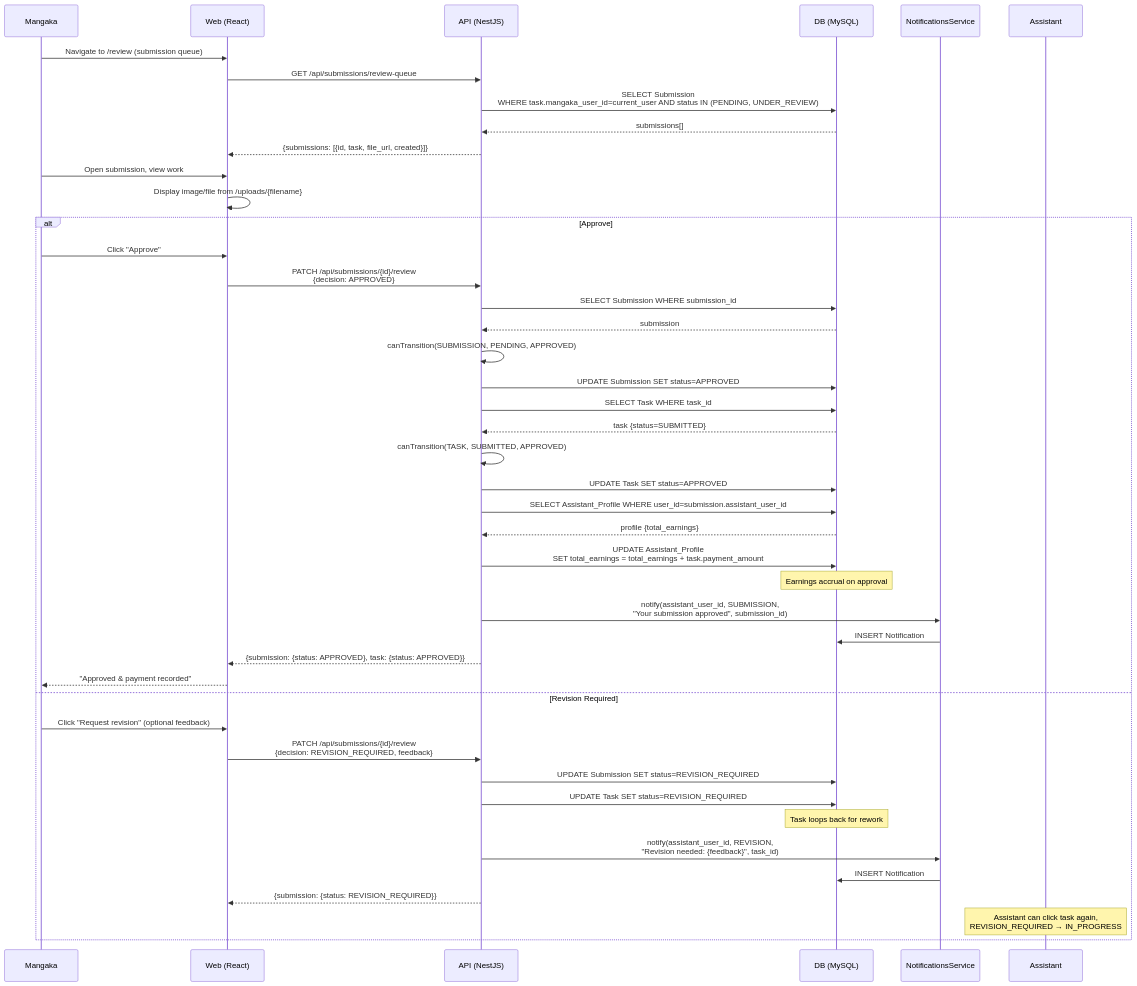
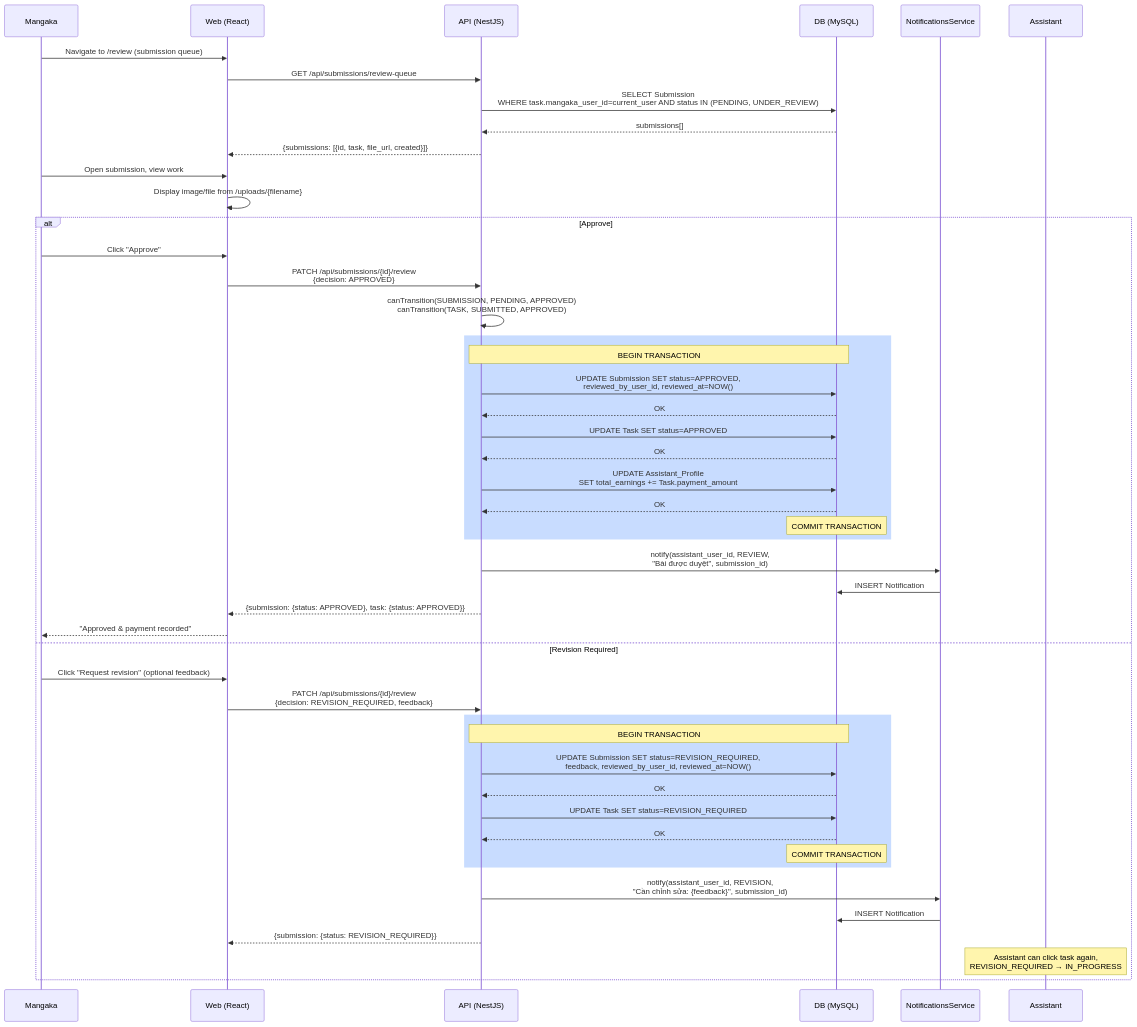
One commit to zun3007/Manga-Creation-Workflow-and-Publishing-Management-System changed the eighth of 14 diagrams in documents/04-diagrams/02-sequence-diagrams.md. Above: the diagram before and after it, drawn with Mermaid. The commit also changed other lines of this file and 20 other files, not shown here.

First line of the commit message:
docs: sync all documentation to current code + fix 11 diagram render bugs

````diff
--- a/documents/04-diagrams/02-sequence-diagrams.md
+++ b/documents/04-diagrams/02-sequence-diagrams.md
@@ -252,57 +326,60 @@
 ```mermaid
 sequenceDiagram
     participant Mangaka
     participant Web as Web (React)
     participant API as API (NestJS)
     participant DB as DB (MySQL)
     participant Notif as NotificationsService
 
     Mangaka->>Web: Navigate to /review (submission queue)
     Web->>API: GET /api/submissions/review-queue
     API->>DB: SELECT Submission<br/>WHERE task.mangaka_user_id=current_user AND status IN (PENDING, UNDER_REVIEW)
     DB-->>API: submissions[]
     API-->>Web: {submissions: [{id, task, file_url, created}]}
     
     Mangaka->>Web: Open submission, view work
     Web->>Web: Display image/file from /uploads/{filename}
     
     alt Approve
         Mangaka->>Web: Click "Approve"
         Web->>API: PATCH /api/submissions/{id}/review<br/>{decision: APPROVED}
         
-        API->>DB: SELECT Submission WHERE submission_id
-        DB-->>API: submission
-        API->>API: canTransition(SUBMISSION, PENDING, APPROVED)
-        API->>DB: UPDATE Submission SET status=APPROVED
+        API->>API: canTransition(SUBMISSION, PENDING, APPROVED)<br/>canTransition(TASK, SUBMITTED, APPROVED)
         
-        API->>DB: SELECT Task WHERE task_id
-        DB-->>API: task {status=SUBMITTED}
-        API->>API: canTransition(TASK, SUBMITTED, APPROVED)
-        API->>DB: UPDATE Task SET status=APPROVED
+        rect rgb(200, 220, 255)
+            Note over API,DB: BEGIN TRANSACTION
+            API->>DB: UPDATE Submission SET status=APPROVED,<br/>reviewed_by_user_id, reviewed_at=NOW()
+            DB-->>API: OK
+            API->>DB: UPDATE Task SET status=APPROVED
+            DB-->>API: OK
+            API->>DB: UPDATE Assistant_Profile<br/>SET total_earnings += Task.payment_amount
+            DB-->>API: OK
+            Note over DB: COMMIT TRANSACTION
+        end
         
-        API->>DB: SELECT Assistant_Profile WHERE user_id=submission.assistant_user_id
-        DB-->>API: profile {total_earnings}
-        API->>DB: UPDATE Assistant_Profile<br/>SET total_earnings = total_earnings + task.payment_amount
-        Note over DB: Earnings accrual on approval
-        
-        API->>Notif: notify(assistant_user_id, SUBMISSION,<br/>"Your submission approved", submission_id)
+        API->>Notif: notify(assistant_user_id, REVIEW,<br/>"Bài được duyệt", submission_id)
         Notif->>DB: INSERT Notification
         
         API-->>Web: {submission: {status: APPROVED}, task: {status: APPROVED}}
         Web-->>Mangaka: "Approved & payment recorded"
         
     else Revision Required
         Mangaka->>Web: Click "Request revision" (optional feedback)
         Web->>API: PATCH /api/submissions/{id}/review<br/>{decision: REVISION_REQUIRED, feedback}
         
-        API->>DB: UPDATE Submission SET status=REVISION_REQUIRED
-        API->>DB: UPDATE Task SET status=REVISION_REQUIRED
-        Note over DB: Task loops back for rework
+        rect rgb(200, 220, 255)
+            Note over API,DB: BEGIN TRANSACTION
+            API->>DB: UPDATE Submission SET status=REVISION_REQUIRED,<br/>feedback, reviewed_by_user_id, reviewed_at=NOW()
+            DB-->>API: OK
+            API->>DB: UPDATE Task SET status=REVISION_REQUIRED
+            DB-->>API: OK
+            Note over DB: COMMIT TRANSACTION
+        end
         
-        API->>Notif: notify(assistant_user_id, REVISION,<br/>"Revision needed: {feedback}", task_id)
+        API->>Notif: notify(assistant_user_id, REVISION,<br/>"Cần chỉnh sửa: {feedback}", submission_id)
         Notif->>DB: INSERT Notification
         
         API-->>Web: {submission: {status: REVISION_REQUIRED}}
         Note over Assistant: Assistant can click task again,<br/>REVISION_REQUIRED → IN_PROGRESS
     end
 ```
````
